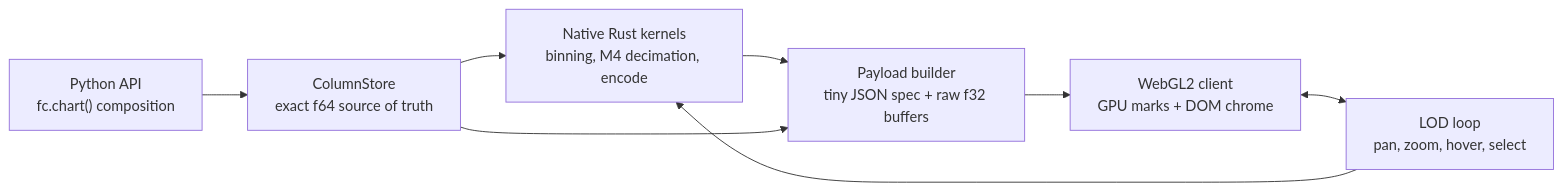
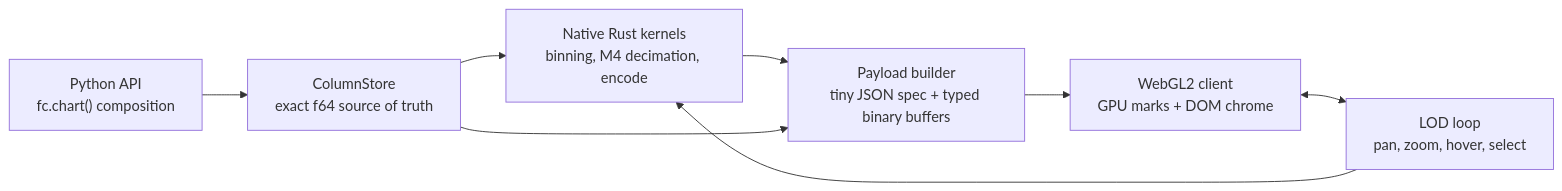
One commit to reflex-dev/xy changed the first of 2 diagrams in README.md. Above: the diagram before and after it, drawn with Mermaid. The commit also changed other lines of this file and 86 other files, not shown here.

````diff
--- a/README.md
+++ b/README.md
@@ -73,17 +74,17 @@
 ```mermaid
 flowchart LR
     API["Python API<br/>fc.chart() composition"]
     STORE["ColumnStore<br/>exact f64 source of truth"]
     KERNELS["Native Rust kernels<br/>binning, M4 decimation, encode"]
-    PAYLOAD["Payload builder<br/>tiny JSON spec + raw f32 buffers"]
+    PAYLOAD["Payload builder<br/>tiny JSON spec + typed binary buffers"]
     CLIENT["WebGL2 client<br/>GPU marks + DOM chrome"]
     LOD["LOD loop<br/>pan, zoom, hover, select"]
 
     API --> STORE
     STORE --> KERNELS
     KERNELS --> PAYLOAD
     STORE --> PAYLOAD
     PAYLOAD --> CLIENT
     CLIENT <--> LOD
     LOD --> KERNELS
 ```
````
